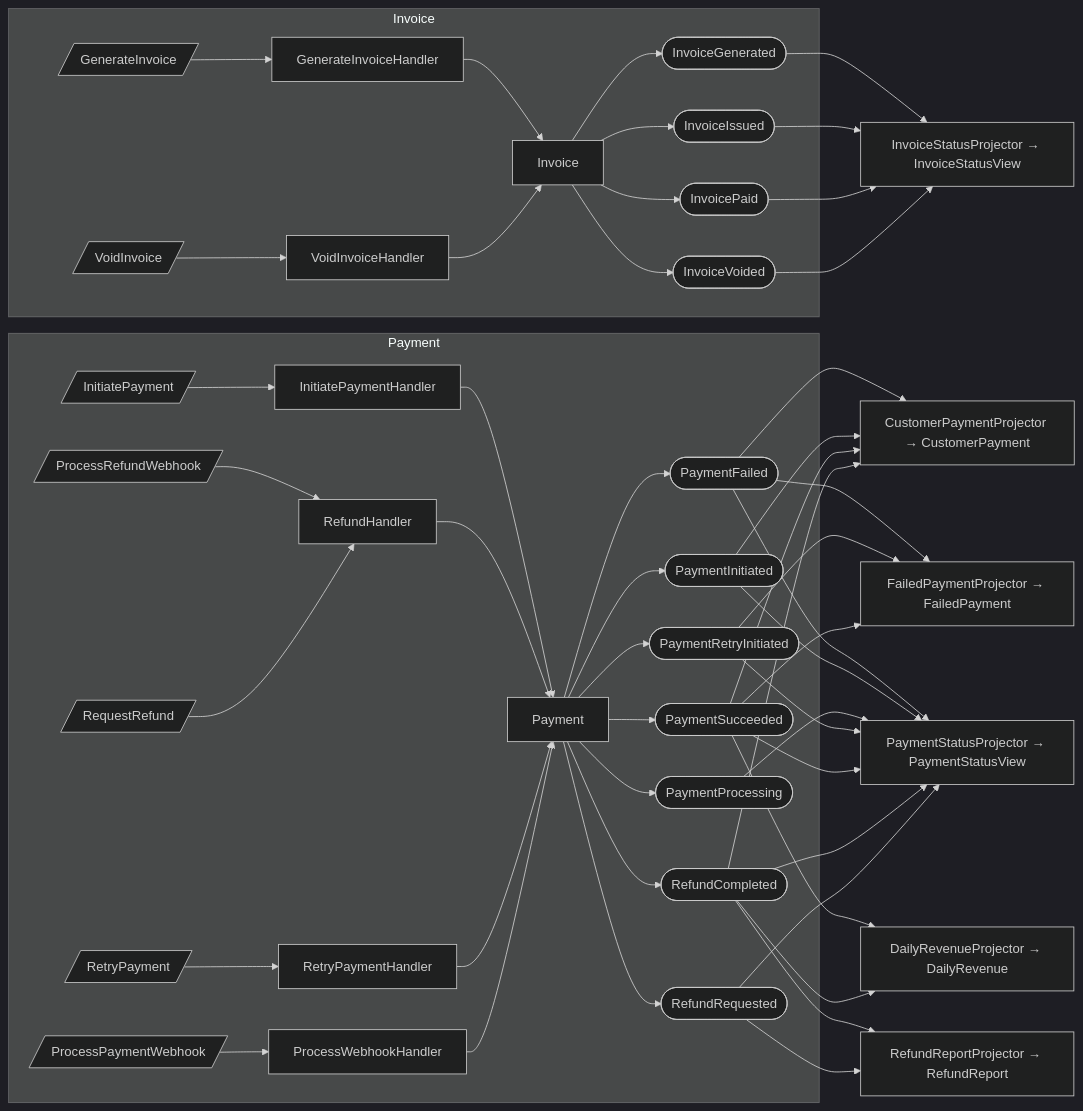
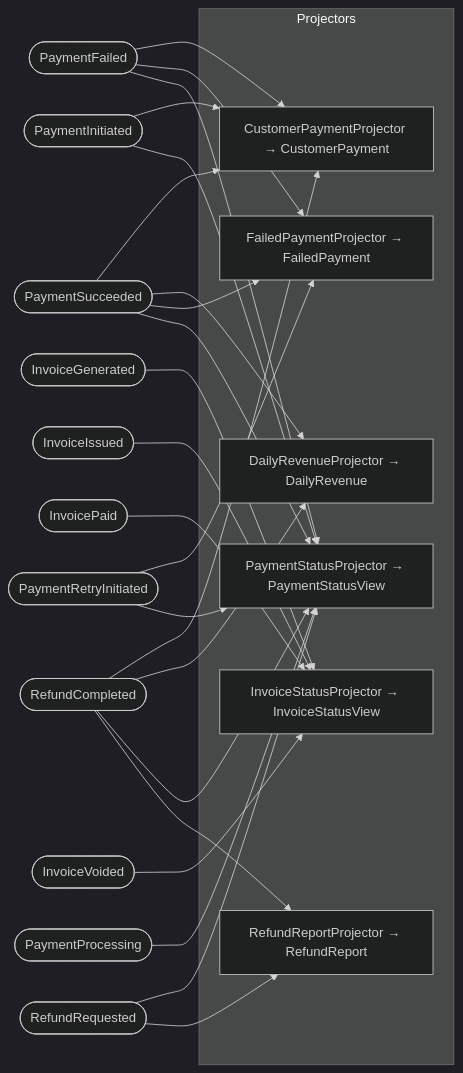
The third of 3 diagrams in docs/payments/event-flows.md (proteanhq/shopstream), drawn with Mermaid (dark theme) before and after one commit. The commit also changed 24 other files, not shown here.

First line of the commit message:
Regenerate docs with improved Mermaid diagrams from upstream Protean fixes

````diff
--- a/docs/payments/event-flows.md
+++ b/docs/payments/event-flows.md
@@ -3,77 +69,37 @@
 ```mermaid
 flowchart LR
-    subgraph payments_invoice_invoice_Invoice[Invoice]
-        agg_payments_invoice_invoice_Invoice[Invoice]
-        cmd_payments_invoice_generation_GenerateInvoice[/GenerateInvoice/]
-        cmd_payments_invoice_voiding_VoidInvoice[/VoidInvoice/]
-        evt_payments_invoice_events_InvoiceGenerated([InvoiceGenerated])
-        evt_payments_invoice_events_InvoiceIssued([InvoiceIssued])
-        evt_payments_invoice_events_InvoicePaid([InvoicePaid])
-        evt_payments_invoice_events_InvoiceVoided([InvoiceVoided])
-        hdlr_payments_invoice_generation_GenerateInvoiceHandler[GenerateInvoiceHandler]
-        hdlr_payments_invoice_voiding_VoidInvoiceHandler[VoidInvoiceHandler]
+    evt_payments_invoice_events_InvoiceGenerated([InvoiceGenerated])
+    evt_payments_invoice_events_InvoiceIssued([InvoiceIssued])
+    evt_payments_invoice_events_InvoicePaid([InvoicePaid])
+    evt_payments_invoice_events_InvoiceVoided([InvoiceVoided])
+    evt_payments_payment_events_PaymentFailed([PaymentFailed])
+    evt_payments_payment_events_PaymentInitiated([PaymentInitiated])
+    evt_payments_payment_events_PaymentProcessing([PaymentProcessing])
+    evt_payments_payment_events_PaymentRetryInitiated([PaymentRetryInitiated])
+    evt_payments_payment_events_PaymentSucceeded([PaymentSucceeded])
+    evt_payments_payment_events_RefundCompleted([RefundCompleted])
+    evt_payments_payment_events_RefundRequested([RefundRequested])
+    subgraph projectors["Projectors"]
+        proj_payments_projections_customer_payments_CustomerPaymentProjector[CustomerPaymentProjector → CustomerPayment]
+        proj_payments_projections_daily_revenue_DailyRevenueProjector[DailyRevenueProjector → DailyRevenue]
+        proj_payments_projections_failed_payments_FailedPaymentProjector[FailedPaymentProjector → FailedPayment]
+        proj_payments_projections_invoice_status_InvoiceStatusProjector[InvoiceStatusProjector → InvoiceStatusView]
+        proj_payments_projections_payment_status_PaymentStatusProjector[PaymentStatusProjector → PaymentStatusView]
+        proj_payments_projections_refund_report_RefundReportProjector[RefundReportProjector → RefundReport]
     end
-    subgraph payments_payment_payment_Payment[Payment]
-        agg_payments_payment_payment_Payment[Payment]
-        cmd_payments_payment_initiation_InitiatePayment[/InitiatePayment/]
-        cmd_payments_payment_refund_ProcessRefundWebhook[/ProcessRefundWebhook/]
-        cmd_payments_payment_refund_RequestRefund[/RequestRefund/]
-        cmd_payments_payment_retry_RetryPayment[/RetryPayment/]
-        cmd_payments_payment_webhook_ProcessPaymentWebhook[/ProcessPaymentWebhook/]
-        evt_payments_payment_events_PaymentFailed([PaymentFailed])
-        evt_payments_payment_events_PaymentInitiated([PaymentInitiated])
-        evt_payments_payment_events_PaymentProcessing([PaymentProcessing])
-        evt_payments_payment_events_PaymentRetryInitiated([PaymentRetryInitiated])
-        evt_payments_payment_events_PaymentSucceeded([PaymentSucceeded])
-        evt_payments_payment_events_RefundCompleted([RefundCompleted])
-        evt_payments_payment_events_RefundRequested([RefundRequested])
-        hdlr_payments_payment_initiation_InitiatePaymentHandler[InitiatePaymentHandler]
-        hdlr_payments_payment_refund_RefundHandler[RefundHandler]
-        hdlr_payments_payment_retry_RetryPaymentHandler[RetryPaymentHandler]
-        hdlr_payments_payment_webhook_ProcessWebhookHandler[ProcessWebhookHandler]
-    end
-    cmd_payments_invoice_generation_GenerateInvoice --> hdlr_payments_invoice_generation_GenerateInvoiceHandler
-    hdlr_payments_invoice_generation_GenerateInvoiceHandler --> agg_payments_invoice_invoice_Invoice
-    cmd_payments_invoice_voiding_VoidInvoice --> hdlr_payments_invoice_voiding_VoidInvoiceHandler
-    hdlr_payments_invoice_voiding_VoidInvoiceHandler --> agg_payments_invoice_invoice_Invoice
-    agg_payments_invoice_invoice_Invoice --> evt_payments_invoice_events_InvoiceGenerated
-    agg_payments_invoice_invoice_Invoice --> evt_payments_invoice_events_InvoiceIssued
-    agg_payments_invoice_invoice_Invoice --> evt_payments_invoice_events_InvoicePaid
-    agg_payments_invoice_invoice_Invoice --> evt_payments_invoice_events_InvoiceVoided
-    cmd_payments_payment_initiation_InitiatePayment --> hdlr_payments_payment_initiation_InitiatePaymentHandler
-    hdlr_payments_payment_initiation_InitiatePaymentHandler --> agg_payments_payment_payment_Payment
-    cmd_payments_payment_refund_ProcessRefundWebhook --> hdlr_payments_payment_refund_RefundHandler
-    cmd_payments_payment_refund_RequestRefund --> hdlr_payments_payment_refund_RefundHandler
-    hdlr_payments_payment_refund_RefundHandler --> agg_payments_payment_payment_Payment
-    cmd_payments_payment_retry_RetryPayment --> hdlr_payments_payment_retry_RetryPaymentHandler
-    hdlr_payments_payment_retry_RetryPaymentHandler --> agg_payments_payment_payment_Payment
-    cmd_payments_payment_webhook_ProcessPaymentWebhook --> hdlr_payments_payment_webhook_ProcessWebhookHandler
-    hdlr_payments_payment_webhook_ProcessWebhookHandler --> agg_payments_payment_payment_Payment
-    agg_payments_payment_payment_Payment --> evt_payments_payment_events_PaymentFailed
-    agg_payments_payment_payment_Payment --> evt_payments_payment_events_PaymentInitiated
-    agg_payments_payment_payment_Payment --> evt_payments_payment_events_PaymentProcessing
-    agg_payments_payment_payment_Payment --> evt_payments_payment_events_PaymentRetryInitiated
-    agg_payments_payment_payment_Payment --> evt_payments_payment_events_PaymentSucceeded
-    agg_payments_payment_payment_Payment --> evt_payments_payment_events_RefundCompleted
-    agg_payments_payment_payment_Payment --> evt_payments_payment_events_RefundRequested
-    proj_payments_projections_customer_payments_CustomerPaymentProjector[CustomerPaymentProjector → CustomerPayment]
     evt_payments_payment_events_PaymentFailed --> proj_payments_projections_customer_payments_CustomerPaymentProjector
     evt_payments_payment_events_PaymentInitiated --> proj_payments_projections_customer_payments_CustomerPaymentProjector
     evt_payments_payment_events_PaymentSucceeded --> proj_payments_projections_customer_payments_CustomerPaymentProjector
     evt_payments_payment_events_RefundCompleted --> proj_payments_projections_customer_payments_CustomerPaymentProjector
-    proj_payments_projections_daily_revenue_DailyRevenueProjector[DailyRevenueProjector → DailyRevenue]
     evt_payments_payment_events_PaymentSucceeded --> proj_payments_projections_daily_revenue_DailyRevenueProjector
     evt_payments_payment_events_RefundCompleted --> proj_payments_projections_daily_revenue_DailyRevenueProjector
-    proj_payments_projections_failed_payments_FailedPaymentProjector[FailedPaymentProjector → FailedPayment]
     evt_payments_payment_events_PaymentFailed --> proj_payments_projections_failed_payments_FailedPaymentProjector
     evt_payments_payment_events_PaymentRetryInitiated --> proj_payments_projections_failed_payments_FailedPaymentProjector
     evt_payments_payment_events_PaymentSucceeded --> proj_payments_projections_failed_payments_FailedPaymentProjector
-    proj_payments_projections_invoice_status_InvoiceStatusProjector[InvoiceStatusProjector → InvoiceStatusView]
     evt_payments_invoice_events_InvoiceGenerated --> proj_payments_projections_invoice_status_InvoiceStatusProjector
     evt_payments_invoice_events_InvoiceIssued --> proj_payments_projections_invoice_status_InvoiceStatusProjector
     evt_payments_invoice_events_InvoicePaid --> proj_payments_projections_invoice_status_InvoiceStatusProjector
     evt_payments_invoice_events_InvoiceVoided --> proj_payments_projections_invoice_status_InvoiceStatusProjector
-    proj_payments_projections_payment_status_PaymentStatusProjector[PaymentStatusProjector → PaymentStatusView]
     evt_payments_payment_events_PaymentFailed --> proj_payments_projections_payment_status_PaymentStatusProjector
     evt_payments_payment_events_PaymentInitiated --> proj_payments_projections_payment_status_PaymentStatusProjector
     evt_payments_payment_events_PaymentProcessing --> proj_payments_projections_payment_status_PaymentStatusProjector
@@ -81,7 +107,6 @@
     evt_payments_payment_events_PaymentSucceeded --> proj_payments_projections_payment_status_PaymentStatusProjector
     evt_payments_payment_events_RefundCompleted --> proj_payments_projections_payment_status_PaymentStatusProjector
     evt_payments_payment_events_RefundRequested --> proj_payments_projections_payment_status_PaymentStatusProjector
-    proj_payments_projections_refund_report_RefundReportProjector[RefundReportProjector → RefundReport]
     evt_payments_payment_events_RefundCompleted --> proj_payments_projections_refund_report_RefundReportProjector
     evt_payments_payment_events_RefundRequested --> proj_payments_projections_refund_report_RefundReportProjector
 ```
````
